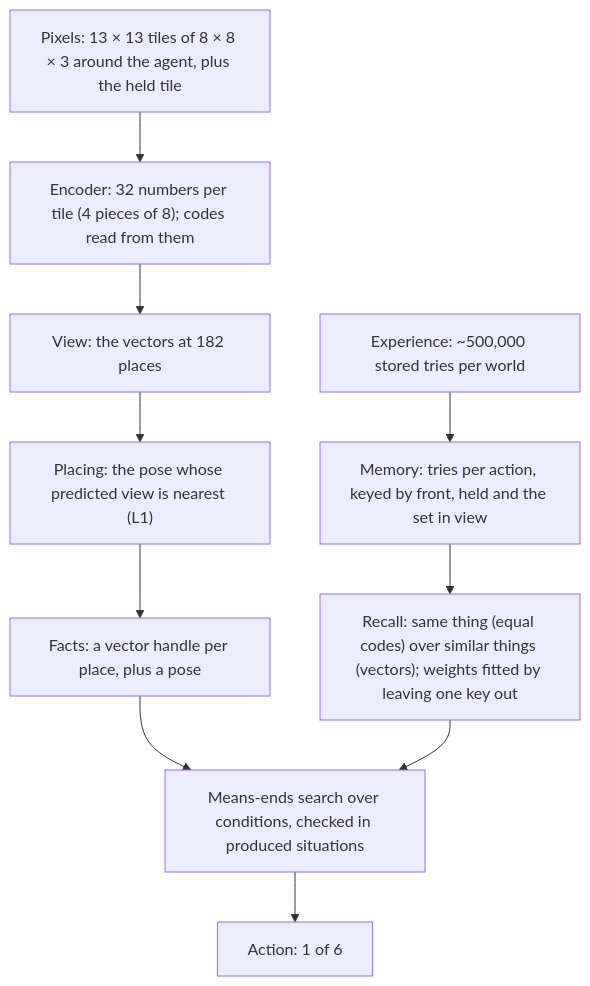
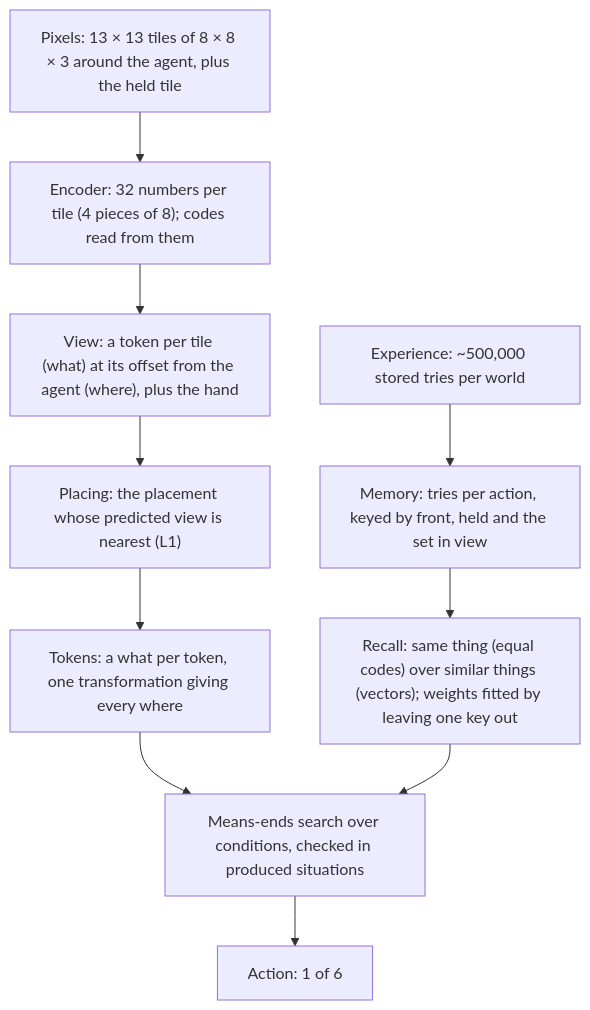
One commit to alfredricker/world-model changed the diagram in ARCHITECTURE.md. Above: the diagram before and after it, drawn with Mermaid. The commit also changed other lines of this file and 9 other files, not shown here.

````diff
--- a/ARCHITECTURE.md
+++ b/ARCHITECTURE.md
@@ -53,12 +87,12 @@
 ```mermaid
 flowchart TD
     P["Pixels: 13 × 13 tiles of 8 × 8 × 3 around the agent, plus the held tile"] --> E["Encoder: 32 numbers per tile (4 pieces of 8); codes read from them"]
-    E --> V["View: the vectors at 182 places"]
+    E --> V["View: a token per tile (what) at its offset from the agent (where), plus the hand"]
     X["Experience: ~500,000 stored tries per world"] --> M["Memory: tries per action, keyed by front, held and the set in view"]
     M --> R["Recall: same thing (equal codes) over similar things (vectors); weights fitted by leaving one key out"]
-    V --> O["Placing: the pose whose predicted view is nearest (L1)"]
-    O --> FA["Facts: a vector handle per place, plus a pose"]
+    V --> O["Placing: the placement whose predicted view is nearest (L1)"]
+    O --> FA["Tokens: a what per token, one transformation giving every where"]
     FA --> S["Means-ends search over conditions, checked in produced situations"]
     R --> S
     S --> A["Action: 1 of 6"]
 ```
````
